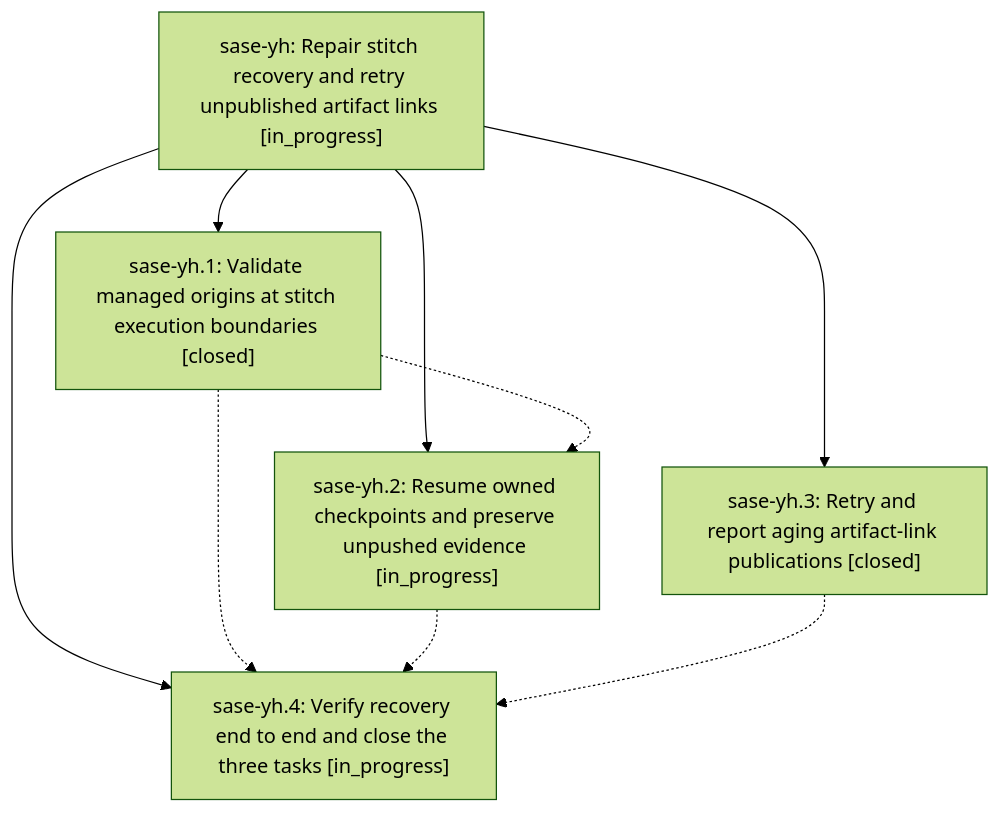
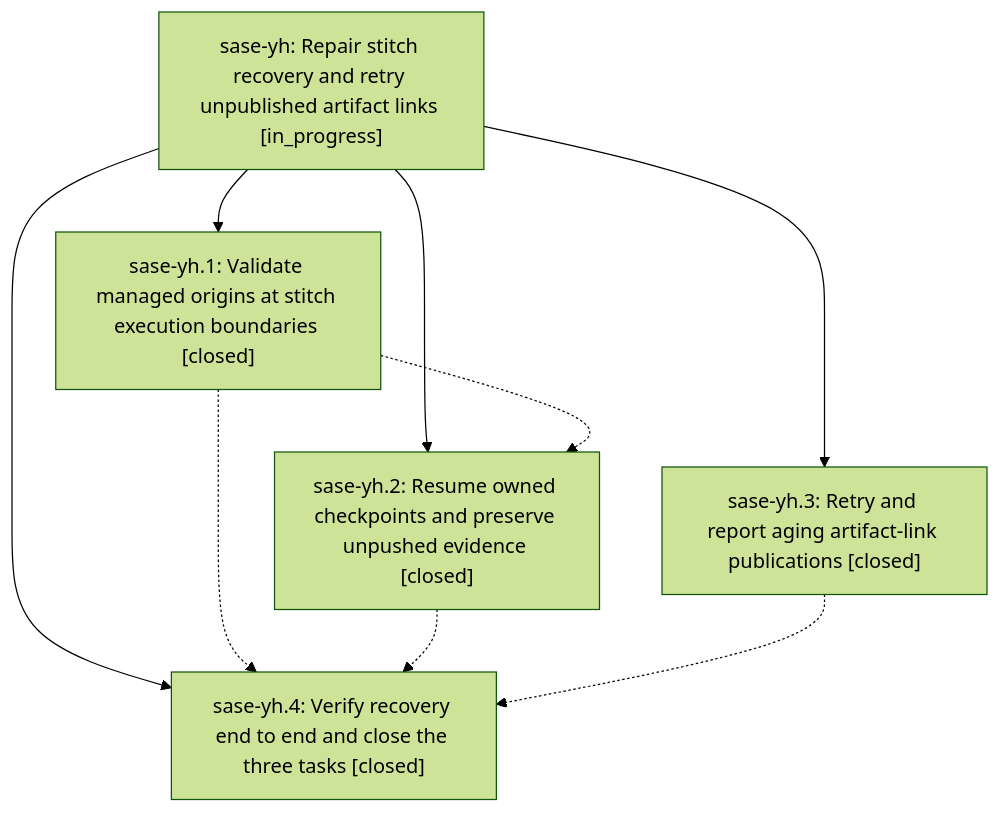
The diagram in pages/sase-yh/README.md (sase-org/sase--beads), drawn with Mermaid (forest theme) before and after one commit. The commit also changed other lines of this file and 4 other files, not shown here.

````diff
--- a/pages/sase-yh/README.md
+++ b/pages/sase-yh/README.md
@@ -37,16 +43,16 @@
 ```mermaid
 flowchart TD
     n0["sase-yh: Repair stitch recovery and retry unpublished artifact links [in_progress]"]
     n1["sase-yh.1: Validate managed origins at stitch execution boundaries [closed]"]
-    n2["sase-yh.2: Resume owned checkpoints and preserve unpushed evidence [in_progress]"]
+    n2["sase-yh.2: Resume owned checkpoints and preserve unpushed evidence [closed]"]
     n3["sase-yh.3: Retry and report aging artifact-link publications [closed]"]
-    n4["sase-yh.4: Verify recovery end to end and close the three tasks [in_progress]"]
+    n4["sase-yh.4: Verify recovery end to end and close the three tasks [closed]"]
     n0 --> n1
     n0 --> n2
     n0 --> n3
     n0 --> n4
     n1 -.-> n2
     n1 -.-> n4
     n2 -.-> n4
     n3 -.-> n4
 ```
````
